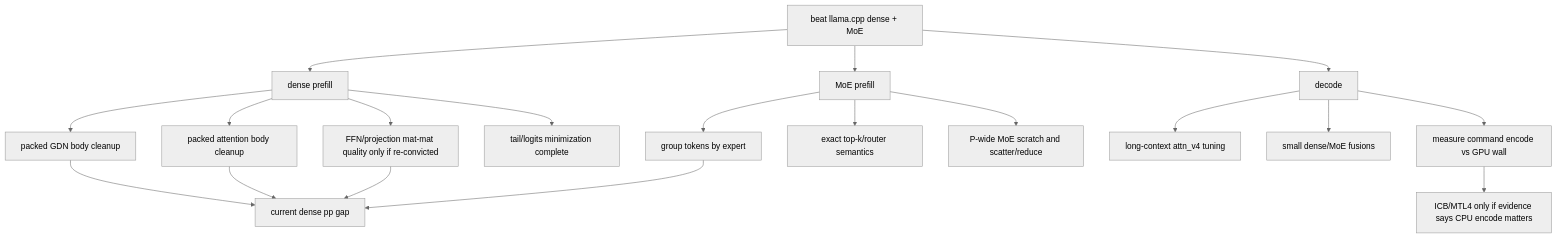
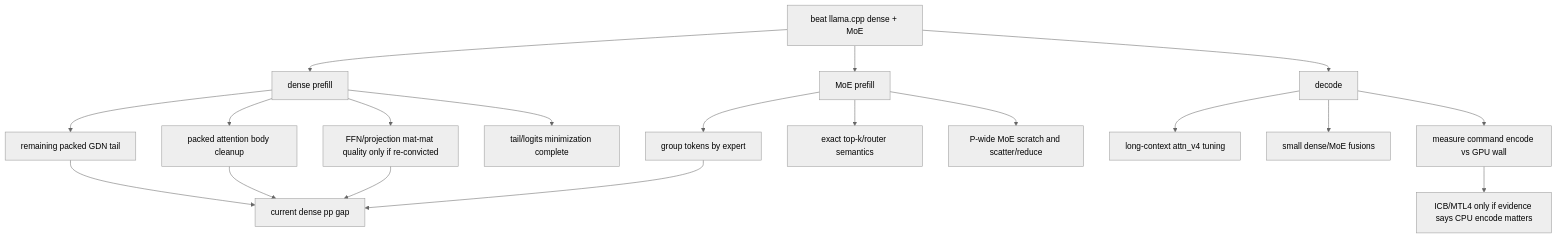
Before and after one commit to brittlewis12/qwen-llm: the ninth of 9 diagrams in docs/INFERENCE-GRAPH.md, drawn with Mermaid (neutral theme). The commit also changed other lines of this file and 5 other files, not shown here.

````diff
--- a/docs/INFERENCE-GRAPH.md
+++ b/docs/INFERENCE-GRAPH.md
@@ -338,25 +340,25 @@
 ```mermaid
 flowchart TD
     Goal[beat llama.cpp dense + MoE] --> DensePrefill[dense prefill]
     Goal --> MoEPrefill[MoE prefill]
     Goal --> Decode[decode]
 
-    DensePrefill --> GDNBody[packed GDN body cleanup]
     DensePrefill --> AttnBody[packed attention body cleanup]
+    DensePrefill --> GDNBody[remaining packed GDN tail]
     DensePrefill --> FFNMM[FFN/projection mat-mat quality only if re-convicted]
     DensePrefill --> TailSkip[tail/logits minimization complete]
 
     MoEPrefill --> GroupExperts[group tokens by expert]
     MoEPrefill --> RouteSemantics[exact top-k/router semantics]
     MoEPrefill --> ScratchShape[P-wide MoE scratch and scatter/reduce]
 
     Decode --> AttnV4[long-context attn_v4 tuning]
     Decode --> Fusions[small dense/MoE fusions]
     Decode --> EncodeOverhead[measure command encode vs GPU wall]
 
     GDNBody --> CurrentGap[current dense pp gap]
     AttnBody --> CurrentGap
     FFNMM --> CurrentGap
     GroupExperts --> CurrentGap
     EncodeOverhead --> ICB[ICB/MTL4 only if evidence says CPU encode matters]
 ```
````
